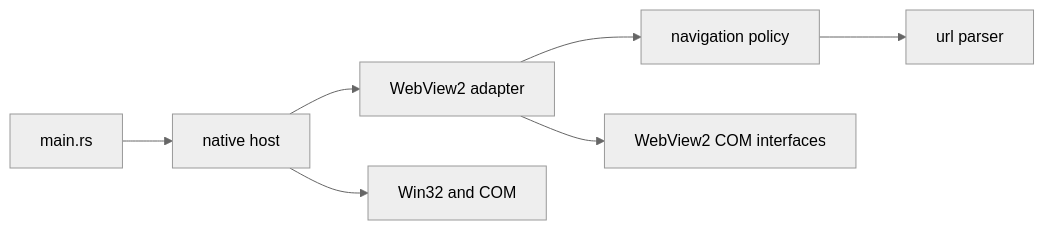
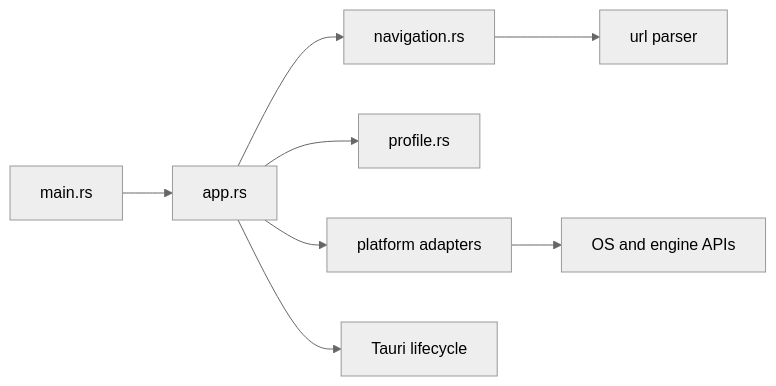
One commit to Zvenytoh/discard changed the diagram in docs/ARCHITECTURE.md. Above: the diagram before and after it, drawn with Mermaid (neutral theme). The commit also changed other lines of this file and 4 other files, not shown here.

````diff
--- a/docs/ARCHITECTURE.md
+++ b/docs/ARCHITECTURE.md
@@ -29,9 +30,10 @@
 ```mermaid
 flowchart LR
-    Main[main.rs] --> Native[native host]
-    Native --> WebView[WebView2 adapter]
-    WebView --> Policy[navigation policy]
-    Native --> Win32[Win32 and COM]
-    WebView --> COM[WebView2 COM interfaces]
+    Main[main.rs] --> App[app.rs]
+    App --> Policy[navigation.rs]
+    App --> Profile[profile.rs]
+    App --> Platform[platform adapters]
+    App --> Tauri[Tauri lifecycle]
+    Platform --> Native[OS and engine APIs]
     Policy --> URL[url parser]
 ```
````
